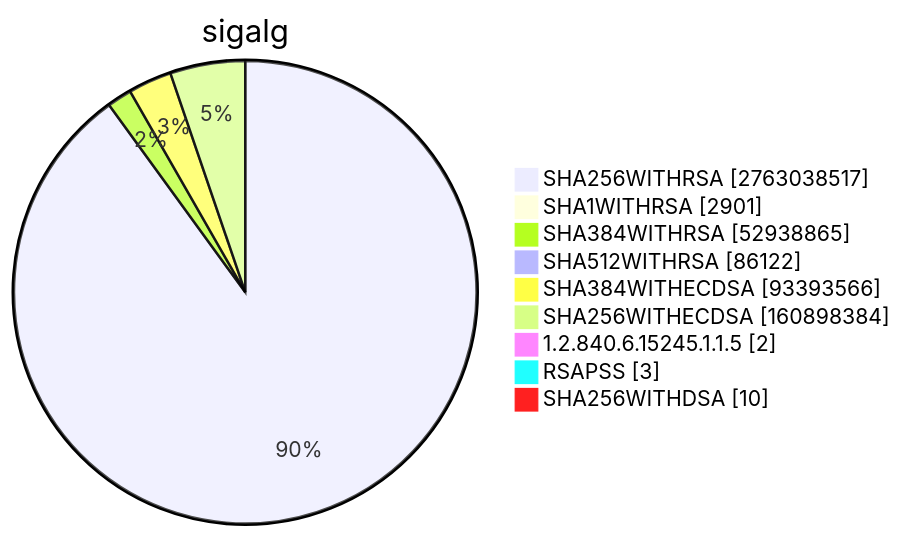
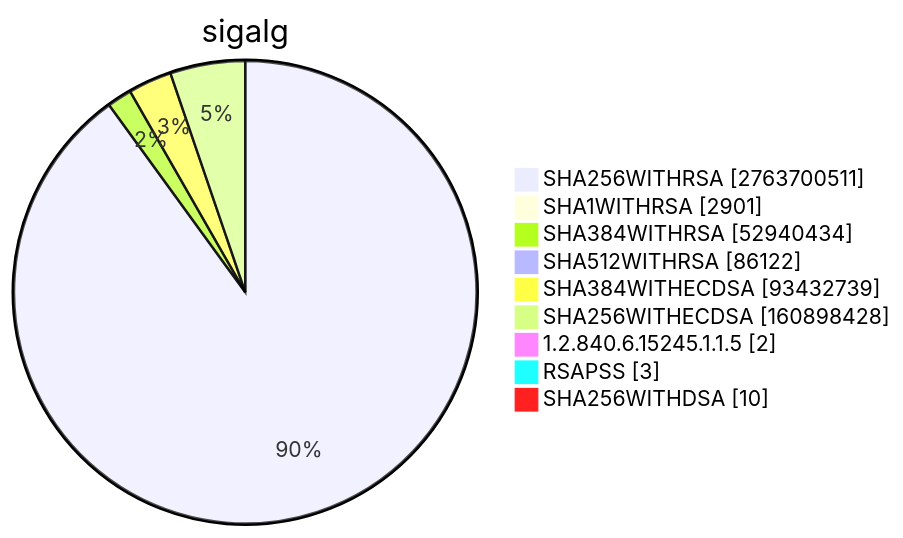
One commit to christiankrug/ctmonitor_visualization changed diagram 15 of 15 in TOTAL/README.md. Above: the diagram before and after it, drawn with Mermaid. The commit also changed other lines of this file, not shown here.

````diff
--- a/TOTAL/README.md
+++ b/TOTAL/README.md
@@ -6207,13 +6207,13 @@
 ```mermaid
 pie showData
 title sigalg
-"SHA256WITHRSA" :2763038517
+"SHA256WITHRSA" :2763700511
 "SHA1WITHRSA" :2901
-"SHA384WITHRSA" :52938865
+"SHA384WITHRSA" :52940434
 "SHA512WITHRSA" :86122
-"SHA384WITHECDSA" :93393566
-"SHA256WITHECDSA" :160898384
+"SHA384WITHECDSA" :93432739
+"SHA256WITHECDSA" :160898428
 "1.2.840.6.15245.1.1.5" :2
 "RSAPSS" :3
 "SHA256WITHDSA" :10
 ```
````
